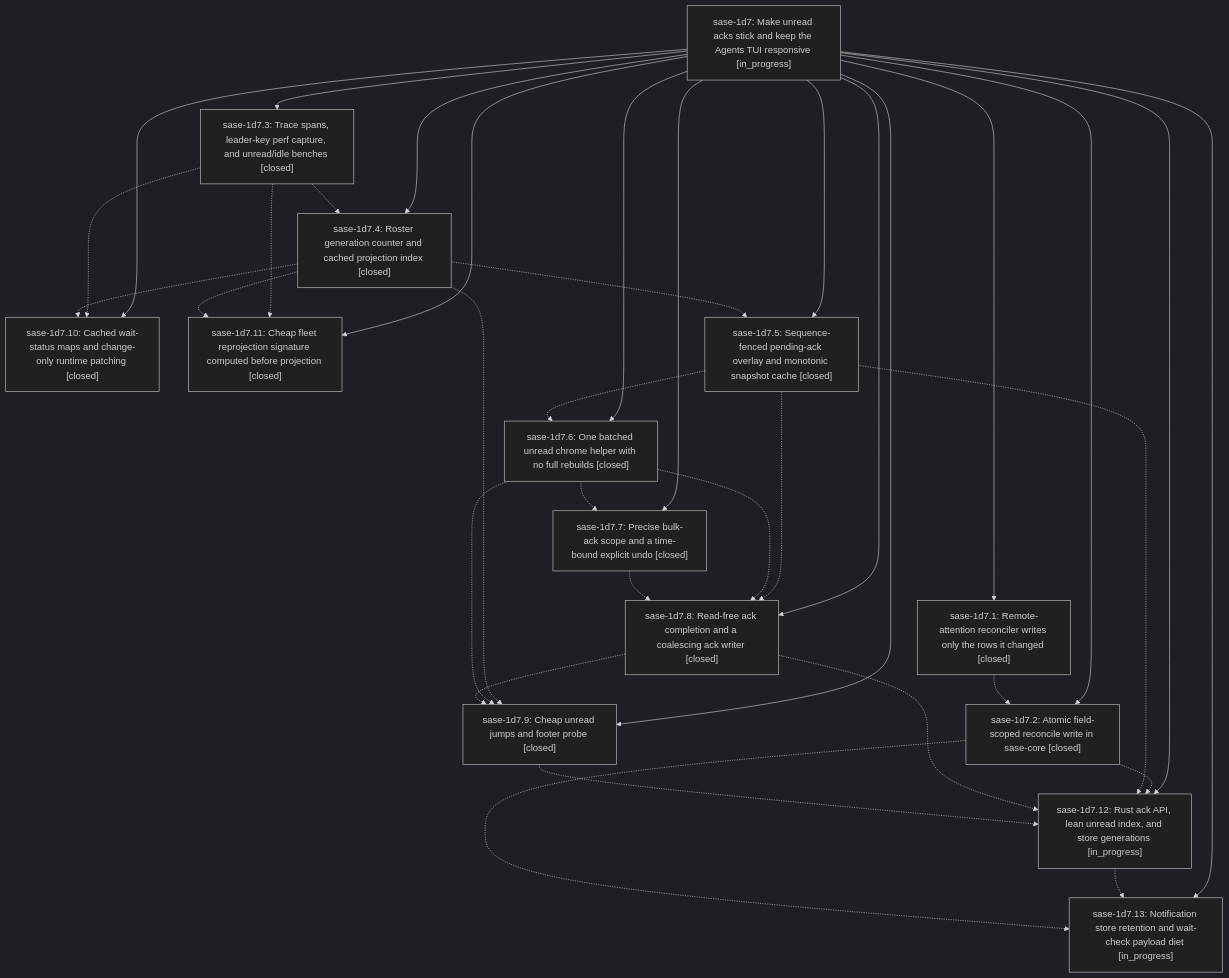
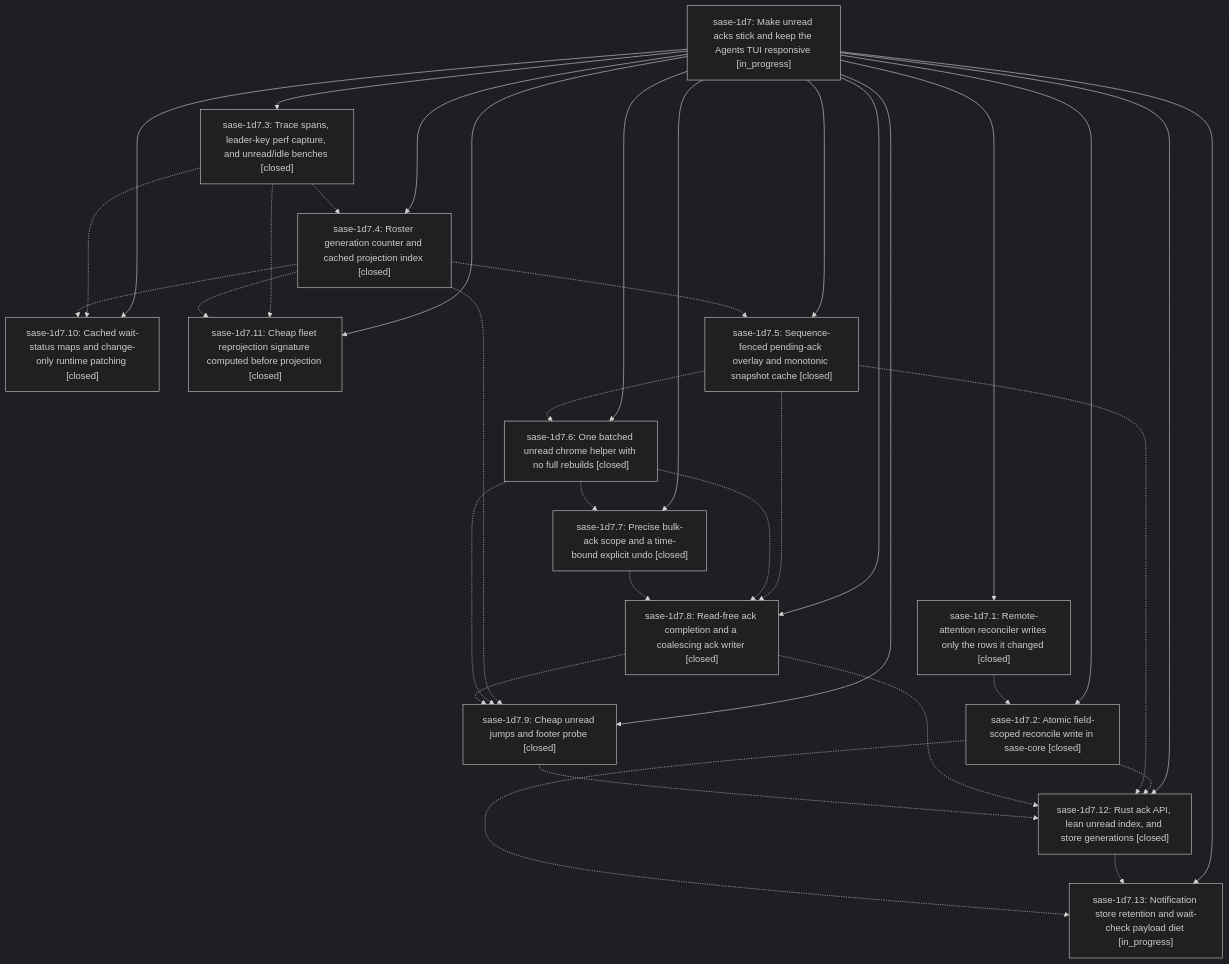
One commit to sase-org/sase--beads changed the diagram in pages/sase-1d7/README.md. Above: the diagram before and after it, drawn with Mermaid (dark theme). The commit also changed other lines of this file and 6 other files, not shown here.

````diff
--- a/pages/sase-1d7/README.md
+++ b/pages/sase-1d7/README.md
@@ -34,51 +38,51 @@
 ```mermaid
 flowchart TD
     n0["sase-1d7: Make unread acks stick and keep the Agents TUI responsive [in_progress]"]
     n1["sase-1d7.1: Remote-attention reconciler writes only the rows it changed [closed]"]
     n2["sase-1d7.10: Cached wait-status maps and change-only runtime patching [closed]"]
     n3["sase-1d7.11: Cheap fleet reprojection signature computed before projection [closed]"]
-    n4["sase-1d7.12: Rust ack API, lean unread index, and store generations [in_progress]"]
+    n4["sase-1d7.12: Rust ack API, lean unread index, and store generations [closed]"]
     n5["sase-1d7.13: Notification store retention and wait-check payload diet [in_progress]"]
     n6["sase-1d7.2: Atomic field-scoped reconcile write in sase-core [closed]"]
     n7["sase-1d7.3: Trace spans, leader-key perf capture, and unread/idle benches [closed]"]
     n8["sase-1d7.4: Roster generation counter and cached projection index [closed]"]
     n9["sase-1d7.5: Sequence-fenced pending-ack overlay and monotonic snapshot cache [closed]"]
     n10["sase-1d7.6: One batched unread chrome helper with no full rebuilds [closed]"]
     n11["sase-1d7.7: Precise bulk-ack scope and a time-bound explicit undo [closed]"]
     n12["sase-1d7.8: Read-free ack completion and a coalescing ack writer [closed]"]
     n13["sase-1d7.9: Cheap unread jumps and footer probe [closed]"]
     n0 --> n1
     n0 --> n2
     n0 --> n3
     n0 --> n4
     n0 --> n5
     n0 --> n6
     n0 --> n7
     n0 --> n8
     n0 --> n9
     n0 --> n10
     n0 --> n11
     n0 --> n12
     n0 --> n13
     n1 -.-> n6
     n4 -.-> n5
     n6 -.-> n4
     n6 -.-> n5
     n7 -.-> n2
     n7 -.-> n3
     n7 -.-> n8
     n8 -.-> n2
     n8 -.-> n3
     n8 -.-> n9
     n8 -.-> n13
     n9 -.-> n4
     n9 -.-> n10
     n9 -.-> n12
     n10 -.-> n11
     n10 -.-> n12
     n10 -.-> n13
     n11 -.-> n12
     n12 -.-> n4
     n12 -.-> n13
     n13 -.-> n4
 ```
````
